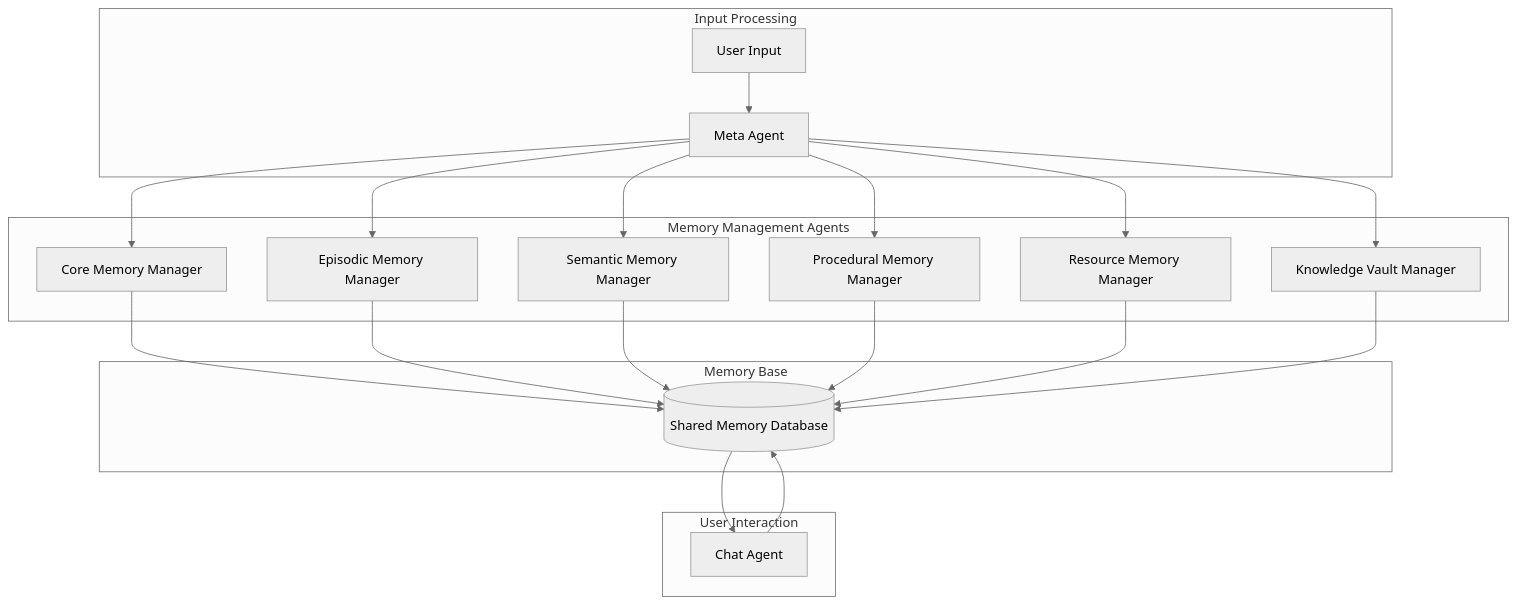
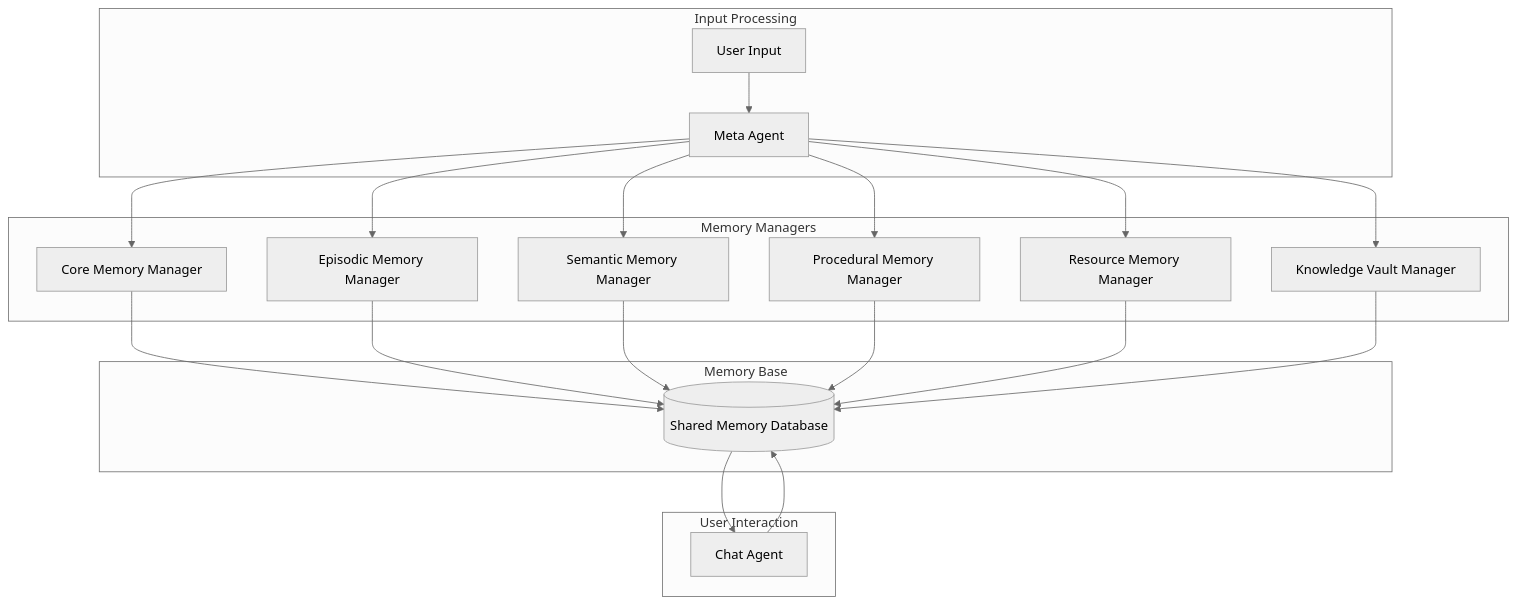
The first of 3 diagrams in docs/architecture/multi-agent-system.md (Mirix-AI/MIRIX-docs), drawn with Mermaid (neutral theme) before and after one commit. The commit also changed other lines of this file and 24 other files, not shown here.

````diff
--- a/docs/architecture/multi-agent-system.md
+++ b/docs/architecture/multi-agent-system.md
@@ -7,40 +7,40 @@
 ```mermaid
 graph TB
     subgraph "Input Processing"
         A[User Input] --> B[Meta Agent]
     end
     
-    subgraph "Memory Management Agents"
+    subgraph "Memory Managers"
         C[Core Memory Manager]
         D[Episodic Memory Manager]
         E[Semantic Memory Manager]
         F[Procedural Memory Manager]
         G[Resource Memory Manager]
         H[Knowledge Vault Manager]
     end
     
     subgraph "User Interaction"
         I[Chat Agent]
     end
     
     subgraph "Memory Base"
         J[(Shared Memory Database)]
     end
     
     B --> C
     B --> D
     B --> E
     B --> F
     B --> G
     B --> H
     
     C --> J
     D --> J
     E --> J
     F --> J
     G --> J
     H --> J
     
     I --> J
     J --> I
 ```
````
